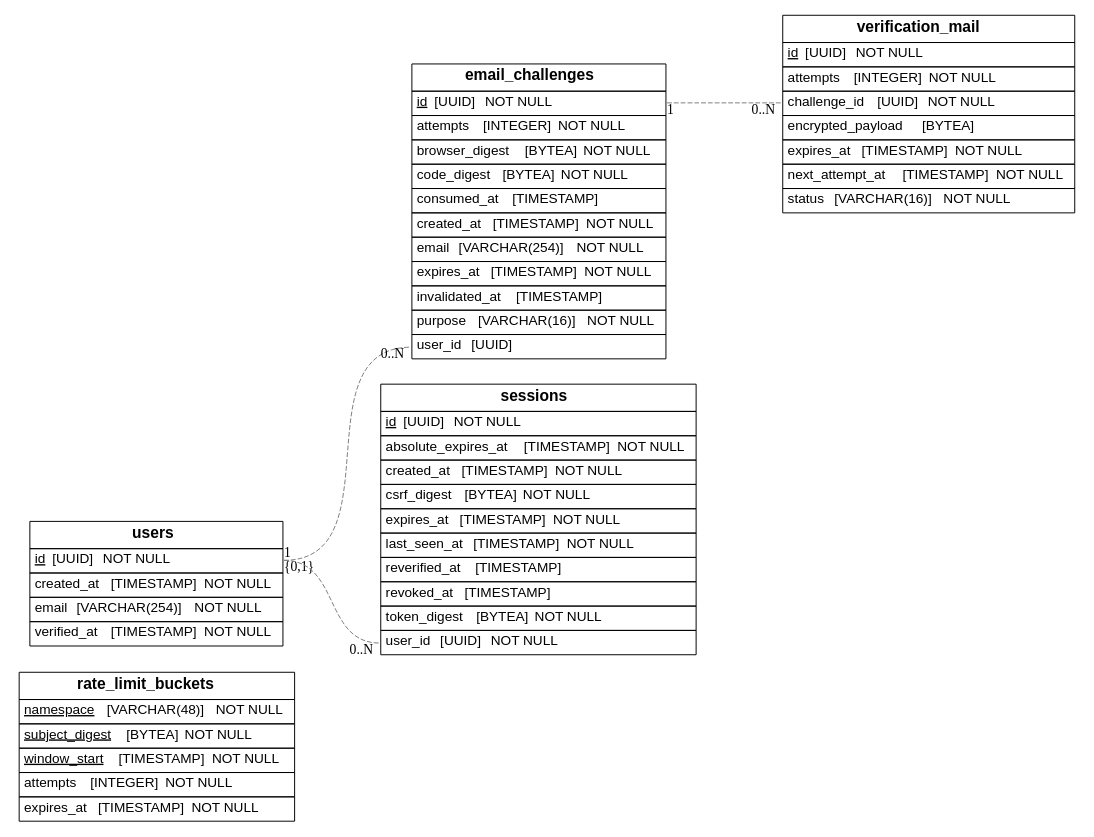
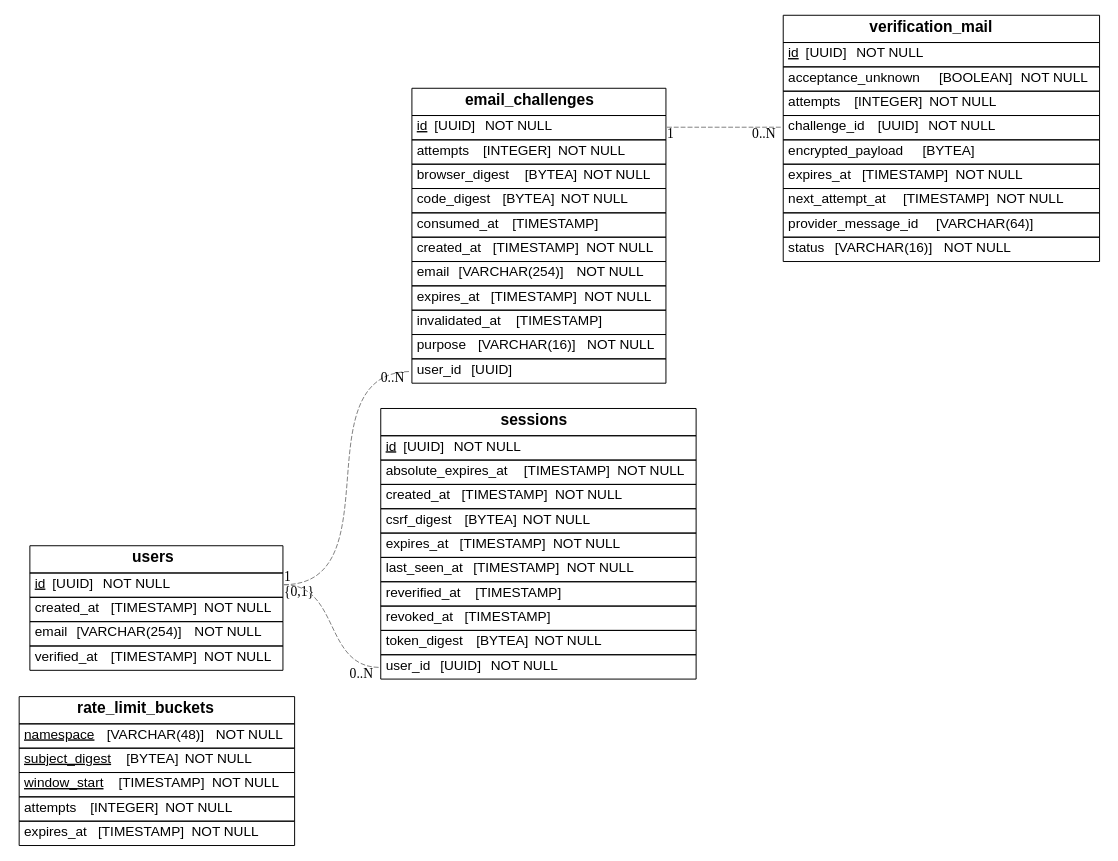
The diagram in docs/architecture/database-schema.dot (agapeengineering/aion), drawn with Graphviz before and after one commit. The commit also changed 25 other files, not shown here.

```diff
--- a/docs/architecture/database-schema.dot
+++ b/docs/architecture/database-schema.dot
@@ -1,18 +1,18 @@
 graph {
     graph [rankdir=LR];
     node [label="\N",
         shape=plaintext
     ];
     edge [color=gray50,
         minlen=2,
         style=dashed
     ];
 "rate_limit_buckets" [label=<<FONT FACE="Helvetica"><TABLE BORDER="0" CELLBORDER="1" CELLPADDING="4" CELLSPACING="0"><TR><TD><B><FONT POINT-SIZE="16">rate_limit_buckets</FONT></B></TD></TR><TR><TD ALIGN="LEFT" PORT="namespace"><u><FONT>namespace</FONT></u> <FONT> [VARCHAR(48)]</FONT> NOT NULL</TD></TR><TR><TD ALIGN="LEFT" PORT="subject_digest"><u><FONT>subject_digest</FONT></u> <FONT> [BYTEA]</FONT> NOT NULL</TD></TR><TR><TD ALIGN="LEFT" PORT="window_start"><u><FONT>window_start</FONT></u> <FONT> [TIMESTAMP]</FONT> NOT NULL</TD></TR><TR><TD ALIGN="LEFT" PORT="attempts"><FONT>attempts</FONT> <FONT> [INTEGER]</FONT> NOT NULL</TD></TR><TR><TD ALIGN="LEFT" PORT="expires_at"><FONT>expires_at</FONT> <FONT> [TIMESTAMP]</FONT> NOT NULL</TD></TR></TABLE></FONT>>];
 "users" [label=<<FONT FACE="Helvetica"><TABLE BORDER="0" CELLBORDER="1" CELLPADDING="4" CELLSPACING="0"><TR><TD><B><FONT POINT-SIZE="16">users</FONT></B></TD></TR><TR><TD ALIGN="LEFT" PORT="id"><u><FONT>id</FONT></u> <FONT> [UUID]</FONT> NOT NULL</TD></TR><TR><TD ALIGN="LEFT" PORT="created_at"><FONT>created_at</FONT> <FONT> [TIMESTAMP]</FONT> NOT NULL</TD></TR><TR><TD ALIGN="LEFT" PORT="email"><FONT>email</FONT> <FONT> [VARCHAR(254)]</FONT> NOT NULL</TD></TR><TR><TD ALIGN="LEFT" PORT="verified_at"><FONT>verified_at</FONT> <FONT> [TIMESTAMP]</FONT> NOT NULL</TD></TR></TABLE></FONT>>];
 "email_challenges" [label=<<FONT FACE="Helvetica"><TABLE BORDER="0" CELLBORDER="1" CELLPADDING="4" CELLSPACING="0"><TR><TD><B><FONT POINT-SIZE="16">email_challenges</FONT></B></TD></TR><TR><TD ALIGN="LEFT" PORT="id"><u><FONT>id</FONT></u> <FONT> [UUID]</FONT> NOT NULL</TD></TR><TR><TD ALIGN="LEFT" PORT="attempts"><FONT>attempts</FONT> <FONT> [INTEGER]</FONT> NOT NULL</TD></TR><TR><TD ALIGN="LEFT" PORT="browser_digest"><FONT>browser_digest</FONT> <FONT> [BYTEA]</FONT> NOT NULL</TD></TR><TR><TD ALIGN="LEFT" PORT="code_digest"><FONT>code_digest</FONT> <FONT> [BYTEA]</FONT> NOT NULL</TD></TR><TR><TD ALIGN="LEFT" PORT="consumed_at"><FONT>consumed_at</FONT> <FONT> [TIMESTAMP]</FONT></TD></TR><TR><TD ALIGN="LEFT" PORT="created_at"><FONT>created_at</FONT> <FONT> [TIMESTAMP]</FONT> NOT NULL</TD></TR><TR><TD ALIGN="LEFT" PORT="email"><FONT>email</FONT> <FONT> [VARCHAR(254)]</FONT> NOT NULL</TD></TR><TR><TD ALIGN="LEFT" PORT="expires_at"><FONT>expires_at</FONT> <FONT> [TIMESTAMP]</FONT> NOT NULL</TD></TR><TR><TD ALIGN="LEFT" PORT="invalidated_at"><FONT>invalidated_at</FONT> <FONT> [TIMESTAMP]</FONT></TD></TR><TR><TD ALIGN="LEFT" PORT="purpose"><FONT>purpose</FONT> <FONT> [VARCHAR(16)]</FONT> NOT NULL</TD></TR><TR><TD ALIGN="LEFT" PORT="user_id"><FONT>user_id</FONT> <FONT> [UUID]</FONT></TD></TR></TABLE></FONT>>];
 "sessions" [label=<<FONT FACE="Helvetica"><TABLE BORDER="0" CELLBORDER="1" CELLPADDING="4" CELLSPACING="0"><TR><TD><B><FONT POINT-SIZE="16">sessions</FONT></B></TD></TR><TR><TD ALIGN="LEFT" PORT="id"><u><FONT>id</FONT></u> <FONT> [UUID]</FONT> NOT NULL</TD></TR><TR><TD ALIGN="LEFT" PORT="absolute_expires_at"><FONT>absolute_expires_at</FONT> <FONT> [TIMESTAMP]</FONT> NOT NULL</TD></TR><TR><TD ALIGN="LEFT" PORT="created_at"><FONT>created_at</FONT> <FONT> [TIMESTAMP]</FONT> NOT NULL</TD></TR><TR><TD ALIGN="LEFT" PORT="csrf_digest"><FONT>csrf_digest</FONT> <FONT> [BYTEA]</FONT> NOT NULL</TD></TR><TR><TD ALIGN="LEFT" PORT="expires_at"><FONT>expires_at</FONT> <FONT> [TIMESTAMP]</FONT> NOT NULL</TD></TR><TR><TD ALIGN="LEFT" PORT="last_seen_at"><FONT>last_seen_at</FONT> <FONT> [TIMESTAMP]</FONT> NOT NULL</TD></TR><TR><TD ALIGN="LEFT" PORT="reverified_at"><FONT>reverified_at</FONT> <FONT> [TIMESTAMP]</FONT></TD></TR><TR><TD ALIGN="LEFT" PORT="revoked_at"><FONT>revoked_at</FONT> <FONT> [TIMESTAMP]</FONT></TD></TR><TR><TD ALIGN="LEFT" PORT="token_digest"><FONT>token_digest</FONT> <FONT> [BYTEA]</FONT> NOT NULL</TD></TR><TR><TD ALIGN="LEFT" PORT="user_id"><FONT>user_id</FONT> <FONT> [UUID]</FONT> NOT NULL</TD></TR></TABLE></FONT>>];
-"verification_mail" [label=<<FONT FACE="Helvetica"><TABLE BORDER="0" CELLBORDER="1" CELLPADDING="4" CELLSPACING="0"><TR><TD><B><FONT POINT-SIZE="16">verification_mail</FONT></B></TD></TR><TR><TD ALIGN="LEFT" PORT="id"><u><FONT>id</FONT></u> <FONT> [UUID]</FONT> NOT NULL</TD></TR><TR><TD ALIGN="LEFT" PORT="attempts"><FONT>attempts</FONT> <FONT> [INTEGER]</FONT> NOT NULL</TD></TR><TR><TD ALIGN="LEFT" PORT="challenge_id"><FONT>challenge_id</FONT> <FONT> [UUID]</FONT> NOT NULL</TD></TR><TR><TD ALIGN="LEFT" PORT="encrypted_payload"><FONT>encrypted_payload</FONT> <FONT> [BYTEA]</FONT></TD></TR><TR><TD ALIGN="LEFT" PORT="expires_at"><FONT>expires_at</FONT> <FONT> [TIMESTAMP]</FONT> NOT NULL</TD></TR><TR><TD ALIGN="LEFT" PORT="next_attempt_at"><FONT>next_attempt_at</FONT> <FONT> [TIMESTAMP]</FONT> NOT NULL</TD></TR><TR><TD ALIGN="LEFT" PORT="status"><FONT>status</FONT> <FONT> [VARCHAR(16)]</FONT> NOT NULL</TD></TR></TABLE></FONT>>];
+"verification_mail" [label=<<FONT FACE="Helvetica"><TABLE BORDER="0" CELLBORDER="1" CELLPADDING="4" CELLSPACING="0"><TR><TD><B><FONT POINT-SIZE="16">verification_mail</FONT></B></TD></TR><TR><TD ALIGN="LEFT" PORT="id"><u><FONT>id</FONT></u> <FONT> [UUID]</FONT> NOT NULL</TD></TR><TR><TD ALIGN="LEFT" PORT="acceptance_unknown"><FONT>acceptance_unknown</FONT> <FONT> [BOOLEAN]</FONT> NOT NULL</TD></TR><TR><TD ALIGN="LEFT" PORT="attempts"><FONT>attempts</FONT> <FONT> [INTEGER]</FONT> NOT NULL</TD></TR><TR><TD ALIGN="LEFT" PORT="challenge_id"><FONT>challenge_id</FONT> <FONT> [UUID]</FONT> NOT NULL</TD></TR><TR><TD ALIGN="LEFT" PORT="encrypted_payload"><FONT>encrypted_payload</FONT> <FONT> [BYTEA]</FONT></TD></TR><TR><TD ALIGN="LEFT" PORT="expires_at"><FONT>expires_at</FONT> <FONT> [TIMESTAMP]</FONT> NOT NULL</TD></TR><TR><TD ALIGN="LEFT" PORT="next_attempt_at"><FONT>next_attempt_at</FONT> <FONT> [TIMESTAMP]</FONT> NOT NULL</TD></TR><TR><TD ALIGN="LEFT" PORT="provider_message_id"><FONT>provider_message_id</FONT> <FONT> [VARCHAR(64)]</FONT></TD></TR><TR><TD ALIGN="LEFT" PORT="status"><FONT>status</FONT> <FONT> [VARCHAR(16)]</FONT> NOT NULL</TD></TR></TABLE></FONT>>];
 "users":"id" -- "email_challenges":"user_id" [taillabel=<<FONT>{0,1}</FONT>>,headlabel=<<FONT>0..N</FONT>>];
 "users":"id" -- "sessions":"user_id" [taillabel=<<FONT>1</FONT>>,headlabel=<<FONT>0..N</FONT>>];
 "email_challenges":"id" -- "verification_mail":"challenge_id" [taillabel=<<FONT>1</FONT>>,headlabel=<<FONT>0..N</FONT>>];
 }
```
